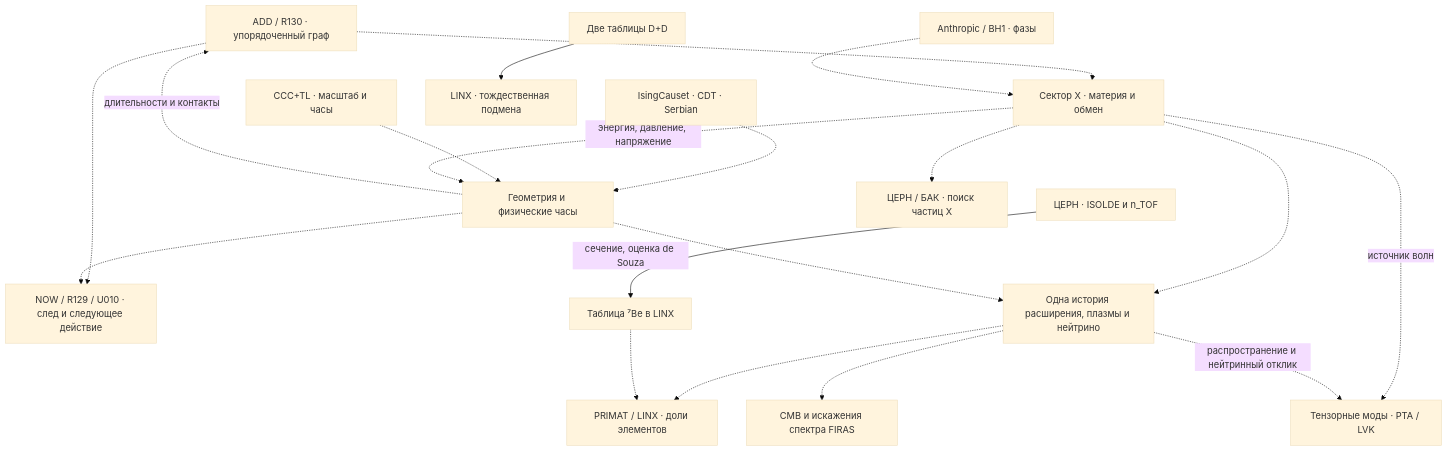
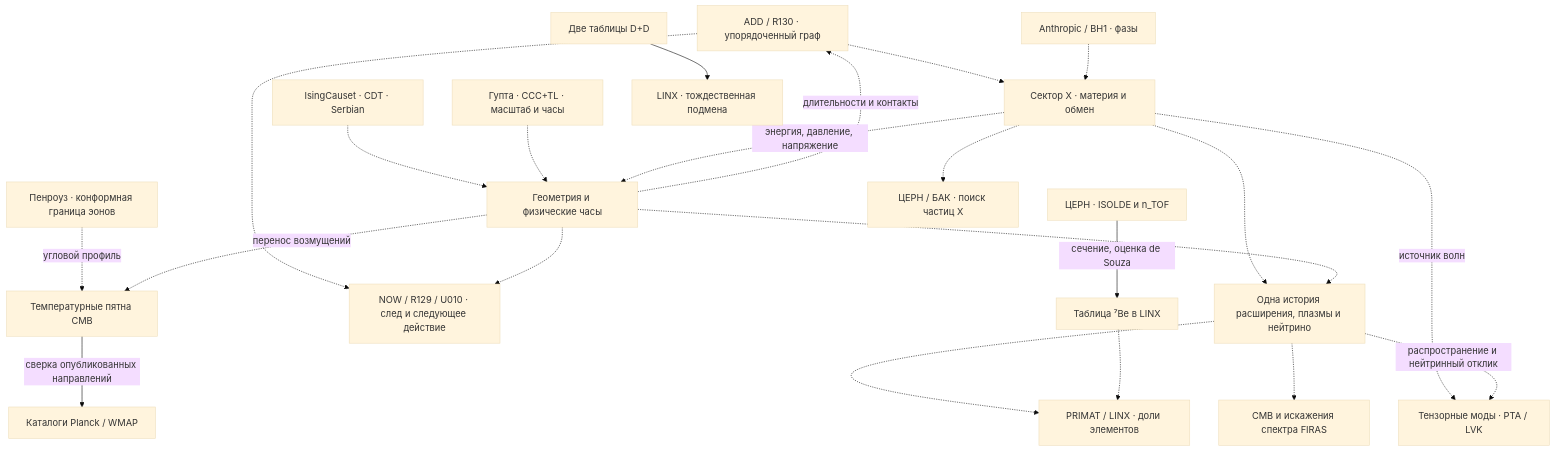
Before and after one commit to IgorSabirov/vm-lab: the diagram in analysis/NOW_PROJECT_INTEGRATION_20261119/REPORT.md, drawn with Mermaid (base theme). The commit also changed other lines of this file and 6 other files, not shown here.

````diff
--- a/analysis/NOW_PROJECT_INTEGRATION_20261119/REPORT.md
+++ b/analysis/NOW_PROJECT_INTEGRATION_20261119/REPORT.md
@@ -11,21 +11,24 @@
 ```mermaid
 flowchart TD
     A["ADD / R130 · упорядоченный граф"] -.-> X["Сектор X · материя и обмен"]
     BH["Anthropic / BH1 · фазы"] -.-> X
     Geo["IsingCauset · CDT · Serbian"] -.-> G["Геометрия и физические часы"]
-    CCC["CCC+TL · масштаб и часы"] -.-> G
+    CCC["Гупта · CCC+TL · масштаб и часы"] -.-> G
+    Pen["Пенроуз · конформная граница эонов"] -.->|"угловой профиль"| Sky["Температурные пятна CMB"]
+    G -.->|"перенос возмущений"| Sky
+    Sky -->|"сверка опубликованных направлений"| Cats["Каталоги Planck / WMAP"]
     X -.->|"энергия, давление, напряжение"| G
     G -.->|"длительности и контакты"| A
     A -.-> N["NOW / R129 / U010 · след и следующее действие"]
     G -.-> N
     X -.-> H["Одна история расширения, плазмы и нейтрино"]
     G -.-> H
     H -.-> B["PRIMAT / LINX · доли элементов"]
     H -.-> M["CMB и искажения спектра FIRAS"]
     C["ЦЕРН · ISOLDE и n_TOF"] -->|"сечение, оценка de Souza"| R["Таблица ⁷Be в LINX"]
     R -.-> B
     DD["Две таблицы D+D"] --> L["LINX · тождественная подмена"]
     X -.-> P["ЦЕРН / БАК · поиск частиц X"]
     X -.->|"источник волн"| W["Тензорные моды · PTA / LVK"]
     H -.->|"распространение и нейтринный отклик"| W
 ```
````
